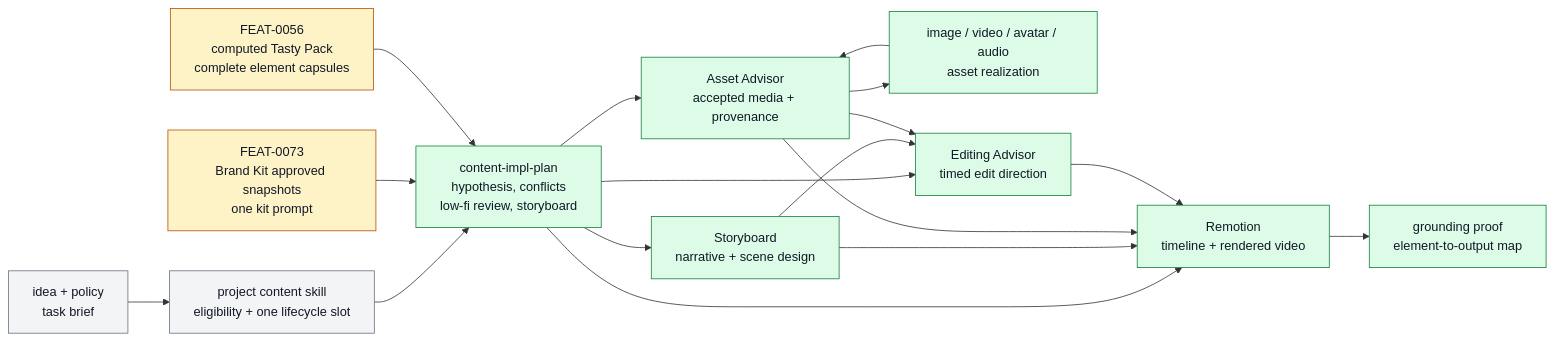
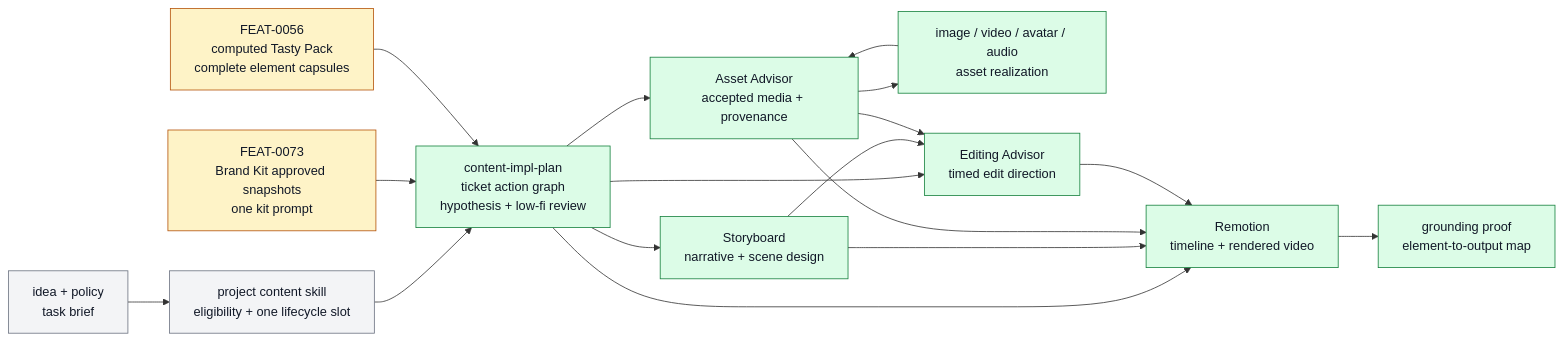
One commit to ZanarkandTechnologies/Farplane changed the diagram in docs/systems/content-production.md. Above: the diagram before and after it, drawn with Mermaid. The commit also changed other lines of this file and 19 other files, not shown here.

Commit message:
refactor(content): make ticket action graph canonical

````diff
--- a/docs/systems/content-production.md
+++ b/docs/systems/content-production.md
@@ -129,35 +129,35 @@
 ```mermaid
 flowchart LR
   classDef keep fill:#f3f4f6,stroke:#6b7280,color:#111827
   classDef changed fill:#fef3c7,stroke:#b45309,color:#111827
   classDef added fill:#dcfce7,stroke:#15803d,color:#111827
 
   idea["idea + policy<br/>task brief"]:::keep
   admission["project content skill<br/>eligibility + one lifecycle slot"]:::keep
   kit["FEAT-0073<br/>Brand Kit approved snapshots<br/>one kit prompt"]:::changed
   tasty["FEAT-0056<br/>computed Tasty Pack<br/>complete element capsules"]:::changed
-  plan["content-impl-plan<br/>hypothesis, conflicts<br/>low-fi review, storyboard"]:::added
+  plan["content-impl-plan<br/>ticket action graph<br/>hypothesis + low-fi review"]:::added
   storyboard["Storyboard<br/>narrative + scene design"]:::added
   assets["Asset Advisor<br/>accepted media + provenance"]:::added
   generation["image / video / avatar / audio<br/>asset realization"]:::added
   edit["Editing Advisor<br/>timed edit direction"]:::added
   render["Remotion<br/>timeline + rendered video"]:::added
   proof["grounding proof<br/>element-to-output map"]:::added
 
   idea --> admission
   admission --> plan
   kit --> plan
   tasty --> plan
   plan --> storyboard
   plan --> assets
   assets --> generation
   generation --> assets
   plan --> edit
   storyboard --> edit
   assets --> edit
   plan --> render
   storyboard --> render
   assets --> render
   edit --> render
   render --> proof
 ```
````
